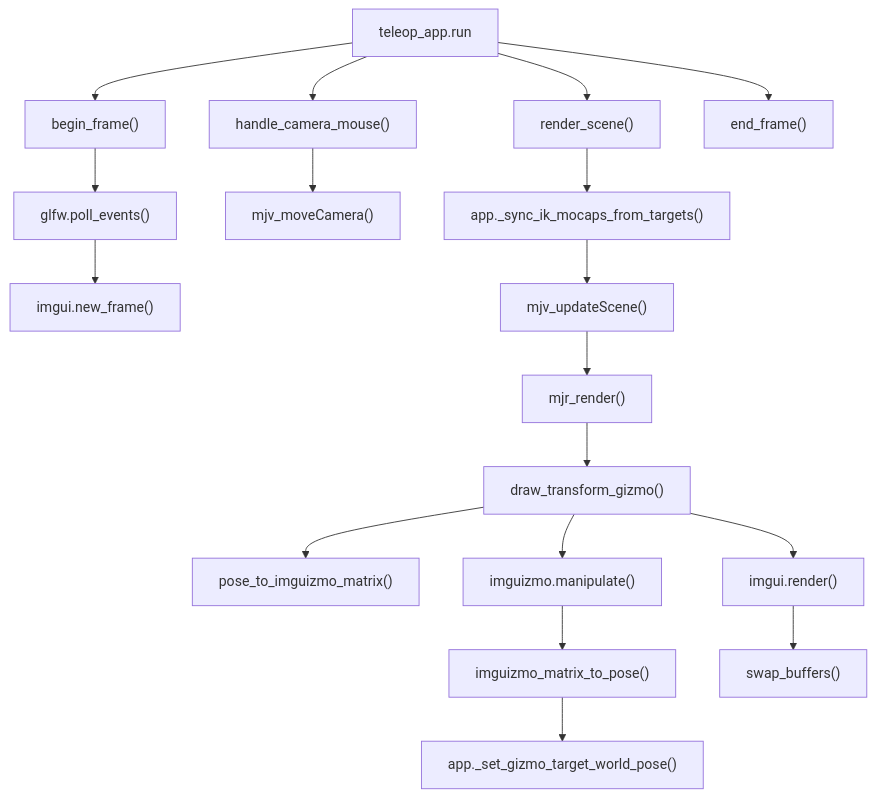
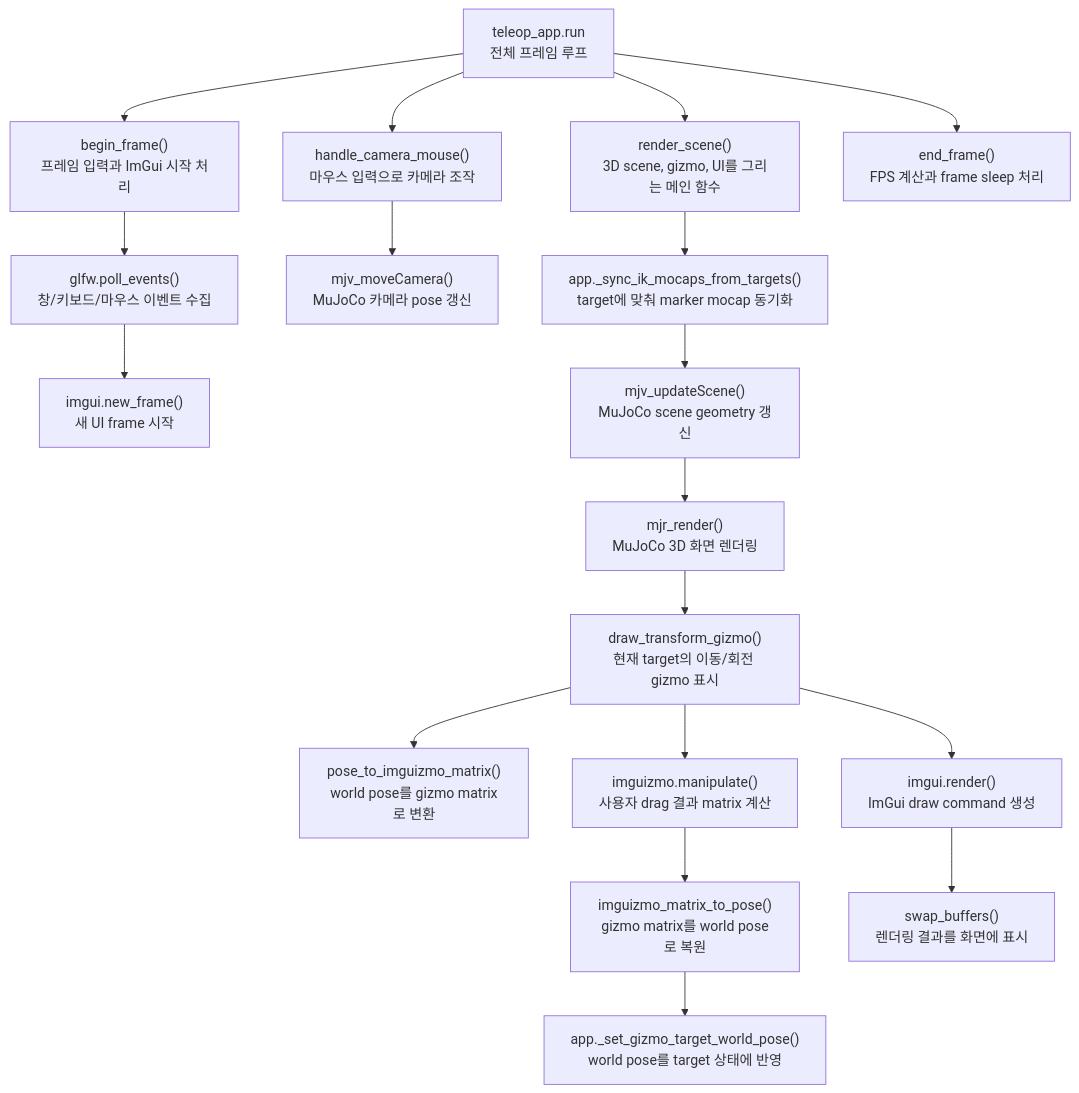
The diagram in docs/guide/teleop_render.md (ggh-png/ffw-sh5-grasp), drawn with Mermaid before and after one commit. The commit also changed 9 other files, not shown here.

Commit message:
Improve docs diagrams and add project link

````diff
--- a/docs/guide/teleop_render.md
+++ b/docs/guide/teleop_render.md
@@ -33,20 +33,20 @@
 ```mermaid
 flowchart TD
-    A["teleop_app.run"] --> B["begin_frame()"]
-    B --> C["glfw.poll_events()"]
-    C --> D["imgui.new_frame()"]
-    A --> E["handle_camera_mouse()"]
-    E --> F["mjv_moveCamera()"]
-    A --> G["render_scene()"]
-    G --> H["app._sync_ik_mocaps_from_targets()"]
-    H --> I["mjv_updateScene()"]
-    I --> J["mjr_render()"]
-    J --> K["draw_transform_gizmo()"]
-    K --> L["pose_to_imguizmo_matrix()"]
-    K --> M["imguizmo.manipulate()"]
-    M --> N["imguizmo_matrix_to_pose()"]
-    N --> O["app._set_gizmo_target_world_pose()"]
-    K --> P["imgui.render()"]
-    P --> Q["swap_buffers()"]
-    A --> R["end_frame()"]
+    A["teleop_app.run<br>전체 프레임 루프"] --> B["begin_frame()<br>프레임 입력과 ImGui 시작 처리"]
+    B --> C["glfw.poll_events()<br>창/키보드/마우스 이벤트 수집"]
+    C --> D["imgui.new_frame()<br>새 UI frame 시작"]
+    A --> E["handle_camera_mouse()<br>마우스 입력으로 카메라 조작"]
+    E --> F["mjv_moveCamera()<br>MuJoCo 카메라 pose 갱신"]
+    A --> G["render_scene()<br>3D scene, gizmo, UI를 그리는 메인 함수"]
+    G --> H["app._sync_ik_mocaps_from_targets()<br>target에 맞춰 marker mocap 동기화"]
+    H --> I["mjv_updateScene()<br>MuJoCo scene geometry 갱신"]
+    I --> J["mjr_render()<br>MuJoCo 3D 화면 렌더링"]
+    J --> K["draw_transform_gizmo()<br>현재 target의 이동/회전 gizmo 표시"]
+    K --> L["pose_to_imguizmo_matrix()<br>world pose를 gizmo matrix로 변환"]
+    K --> M["imguizmo.manipulate()<br>사용자 drag 결과 matrix 계산"]
+    M --> N["imguizmo_matrix_to_pose()<br>gizmo matrix를 world pose로 복원"]
+    N --> O["app._set_gizmo_target_world_pose()<br>world pose를 target 상태에 반영"]
+    K --> P["imgui.render()<br>ImGui draw command 생성"]
+    P --> Q["swap_buffers()<br>렌더링 결과를 화면에 표시"]
+    A --> R["end_frame()<br>FPS 계산과 frame sleep 처리"]
 ```
````
